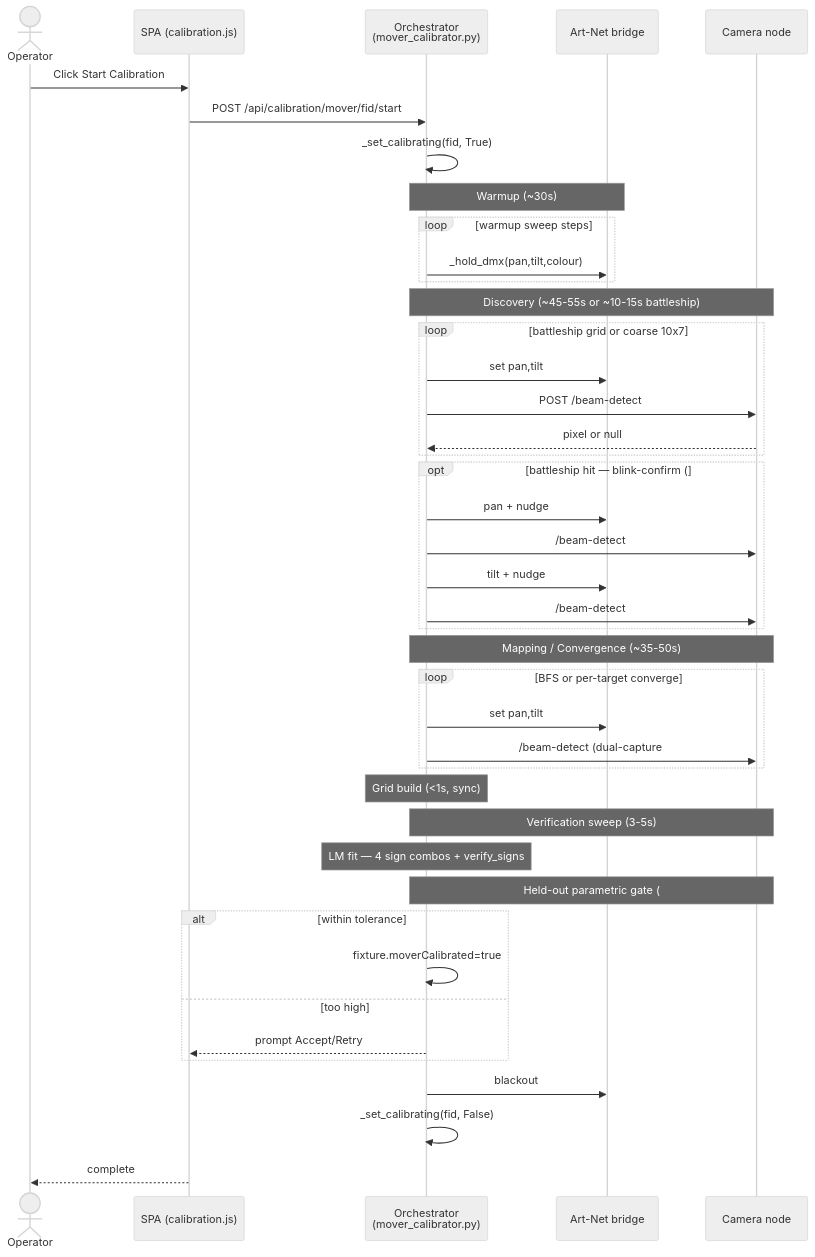
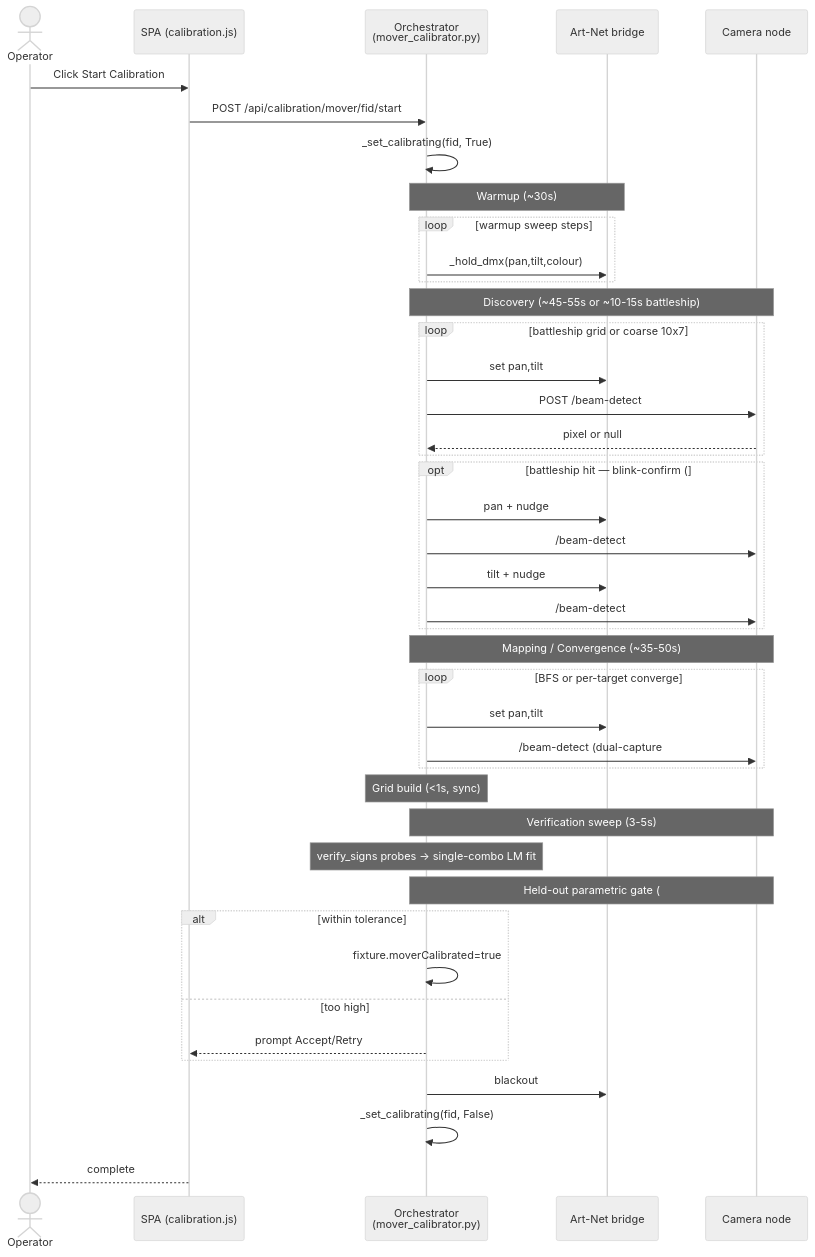
The third of 3 diagrams in docs/src/en/appendix-b-mover-calibration.md (SlyWombat/SlyLED), drawn with Mermaid before and after one commit. The commit also changed other lines of this file and 5 other files, not shown here.

````diff
--- a/docs/src/en/appendix-b-mover-calibration.md
+++ b/docs/src/en/appendix-b-mover-calibration.md
@@ -92,52 +92,52 @@
 ```mermaid
 %%{init: {'theme':'neutral'}}%%
 sequenceDiagram
     actor Op as Operator
     participant SPA as SPA (calibration.js)
     participant Orch as Orchestrator<br/>(mover_calibrator.py)
     participant DMX as Art-Net bridge
     participant Cam as Camera node
 
     Op->>SPA: Click Start Calibration
     SPA->>Orch: POST /api/calibration/mover/fid/start
     Orch->>Orch: _set_calibrating(fid, True)
 
     Note over Orch,DMX: Warmup (~30s)
     loop warmup sweep steps
         Orch->>DMX: _hold_dmx(pan,tilt,colour)
     end
 
     Note over Orch,Cam: Discovery (~45-55s or ~10-15s battleship)
     loop battleship grid or coarse 10x7
         Orch->>DMX: set pan,tilt
         Orch->>Cam: POST /beam-detect
         Cam-->>Orch: pixel or null
     end
     opt battleship hit — blink-confirm (#658)
         Orch->>DMX: pan + nudge
         Orch->>Cam: /beam-detect
         Orch->>DMX: tilt + nudge
         Orch->>Cam: /beam-detect
     end
 
     Note over Orch,Cam: Mapping / Convergence (~35-50s)
     loop BFS or per-target converge
         Orch->>DMX: set pan,tilt
         Orch->>Cam: /beam-detect (dual-capture #655)
     end
 
     Note over Orch: Grid build (<1s, sync)
     Note over Orch,Cam: Verification sweep (3-5s)
-    Note over Orch: LM fit — 4 sign combos + verify_signs
+    Note over Orch: verify_signs probes → single-combo LM fit
     Note over Orch,Cam: Held-out parametric gate (#654)
 
     alt within tolerance
         Orch->>Orch: fixture.moverCalibrated=true
     else too high
         Orch-->>SPA: prompt Accept/Retry
     end
 
     Orch->>DMX: blackout
     Orch->>Orch: _set_calibrating(fid, False)
     SPA-->>Op: complete
 ```
````
